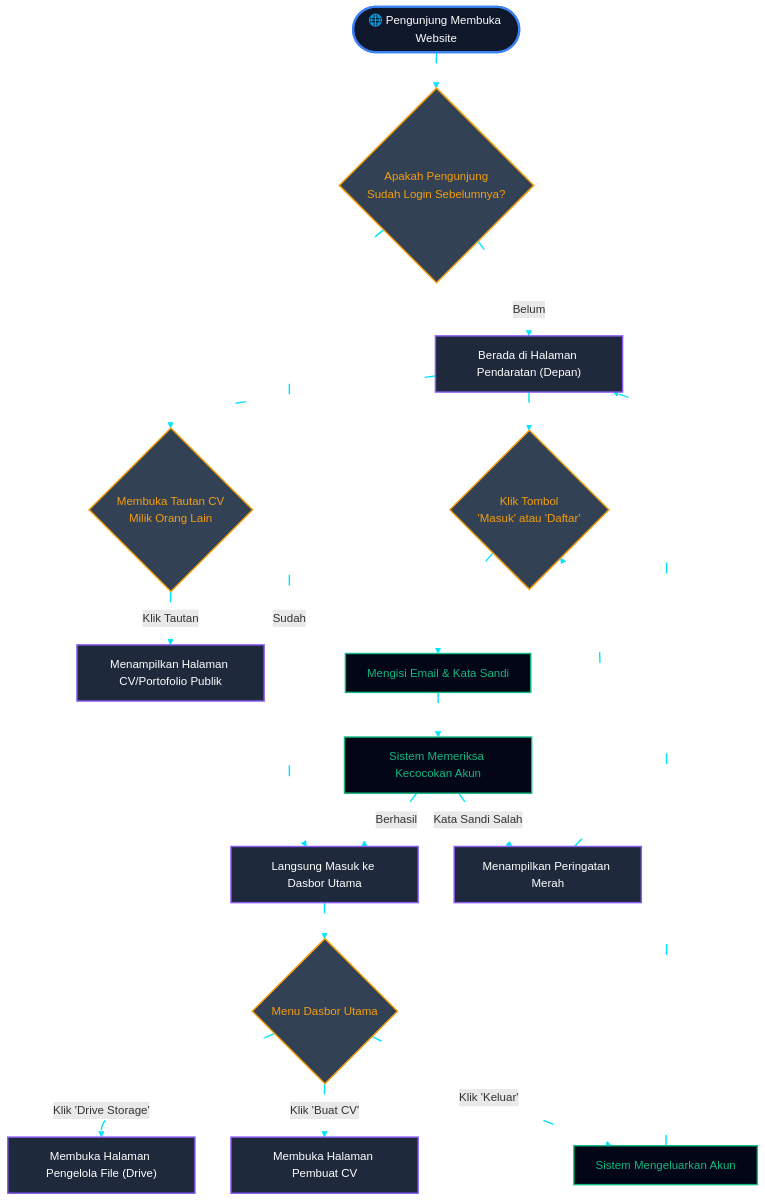
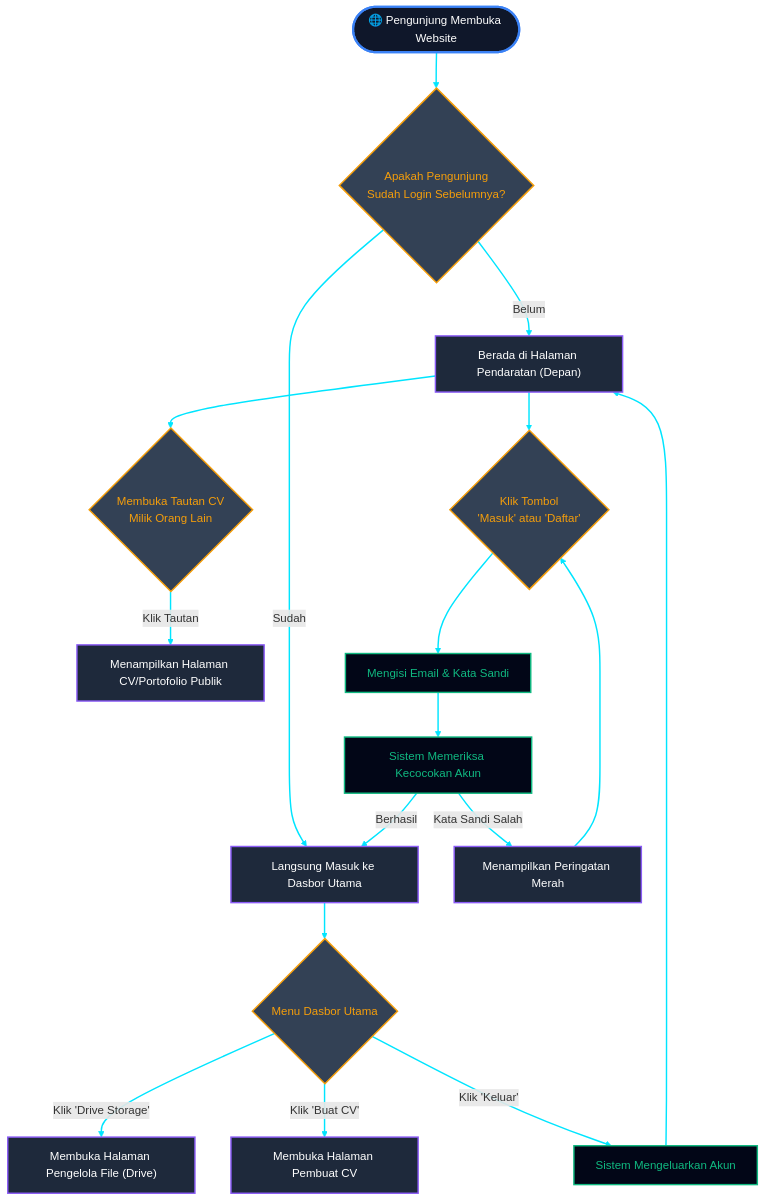
Before and after one commit to alfaragatak87/alfatih-digital-workspace: the first of 3 diagrams in README.md, drawn with Mermaid. The commit also changed other lines of this file, not shown here.

````diff
--- a/README.md
+++ b/README.md
@@ -63,36 +63,36 @@
 ```mermaid
 flowchart TD
     %% Gaya Desain Node Gelap & Bercahaya
     classDef startEnd fill:#0f172a,stroke:#3b82f6,stroke-width:3px,color:#fff,rx:10,ry:10;
     classDef page fill:#1e293b,stroke:#8b5cf6,stroke-width:2px,color:#fff;
     classDef btn fill:#334155,stroke:#f59e0b,stroke-width:2px,color:#f59e0b,shape:diamond;
     classDef process fill:#020617,stroke:#10b981,stroke-width:2px,color:#10b981;
 
     Mulai(["🌐 Pengunjung Membuka Website"]):::startEnd --> CekStatus{"Apakah Pengunjung <br/>Sudah Login Sebelumnya?"}:::btn
     
     CekStatus -- "Belum" --> HalamanDepan["Berada di Halaman Pendaratan (Depan)"]:::page
     CekStatus -- "Sudah" --> Dasbor["Langsung Masuk ke Dasbor Utama"]:::page
     
     %% Alur Publik
     HalamanDepan --> TombolLihatCV{"Membuka Tautan CV <br/>Milik Orang Lain"}:::btn
     TombolLihatCV -- "Klik Tautan" --> LihatCV["Menampilkan Halaman CV/Portofolio Publik"]:::page
     
     %% Alur Login / Daftar
     HalamanDepan --> TombolMasuk{"Klik Tombol <br/>'Masuk' atau 'Daftar'"}:::btn
     TombolMasuk --> IsiForm["Mengisi Email & Kata Sandi"]:::process
     IsiForm --> CekData["Sistem Memeriksa Kecocokan Akun"]:::process
     
     CekData -- "Kata Sandi Salah" --> PesanGagal["Menampilkan Peringatan Merah"]:::page
     PesanGagal --> TombolMasuk
     
     CekData -- "Berhasil" --> Dasbor
     
     %% Alur Interaksi Dasbor
     Dasbor --> PilihanDasbor{"Menu Dasbor Utama"}:::btn
     PilihanDasbor -- "Klik 'Drive Storage'" --> KeDrive["Membuka Halaman Pengelola File (Drive)"]:::page
     PilihanDasbor -- "Klik 'Buat CV'" --> KeCV["Membuka Halaman Pembuat CV"]:::page
     PilihanDasbor -- "Klik 'Keluar'" --> Logout["Sistem Mengeluarkan Akun"]:::process
     Logout --> HalamanDepan
 
-    linkStyle default stroke:#00e5ff,stroke-width:2px,stroke-dasharray: 15 250,animation: dash 2s linear infinite;
+    linkStyle default stroke:#00e5ff,stroke-width:2px,stroke-width:2px;
 ```
````
